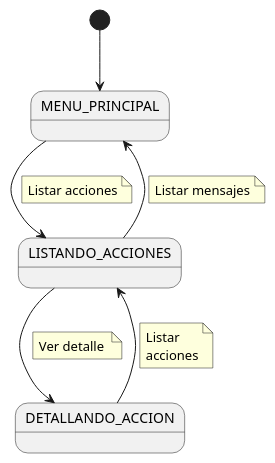
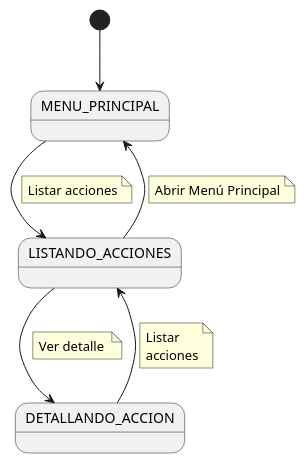
Before and after one commit to mmasias/24-25-IdSw1-SDR: the diagram in docs/casosDeUso/diagramaDeContexto/DiagramadeContextoManejoAcciones/diagramaContextoManejoAcciones.puml, drawn with PlantUML. The commit also changed 14 other files, not shown here.

Commit message:
hot-fix/ diagrama de contexto

```diff
--- a/docs/casosDeUso/diagramaDeContexto/DiagramadeContextoManejoAcciones/diagramaContextoManejoAcciones.puml
+++ b/docs/casosDeUso/diagramaDeContexto/DiagramadeContextoManejoAcciones/diagramaContextoManejoAcciones.puml
@@ -1,28 +1,28 @@
 @startuml diagramaContextoManejoAcciones
 state "MENU_PRINCIPAL" as MenuPrincipal
 state "LISTANDO_ACCIONES" as Acciones
 state "DETALLANDO_ACCION" as AccionDetallada
 
 [*] --> MenuPrincipal
 
 MenuPrincipal --> Acciones
     note on link
         Listar acciones
     end note
 
 Acciones --> AccionDetallada
     note on link
         Ver detalle 
     end note
 
 AccionDetallada --> Acciones
     note on link
         Listar
         acciones
     end note
 
 Acciones --> MenuPrincipal
     note on link
-        Listar mensajes
+        Abrir Menú Principal
     end note
 @enduml
```
